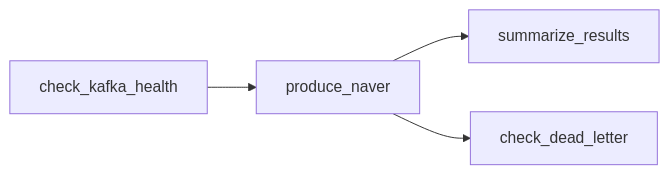
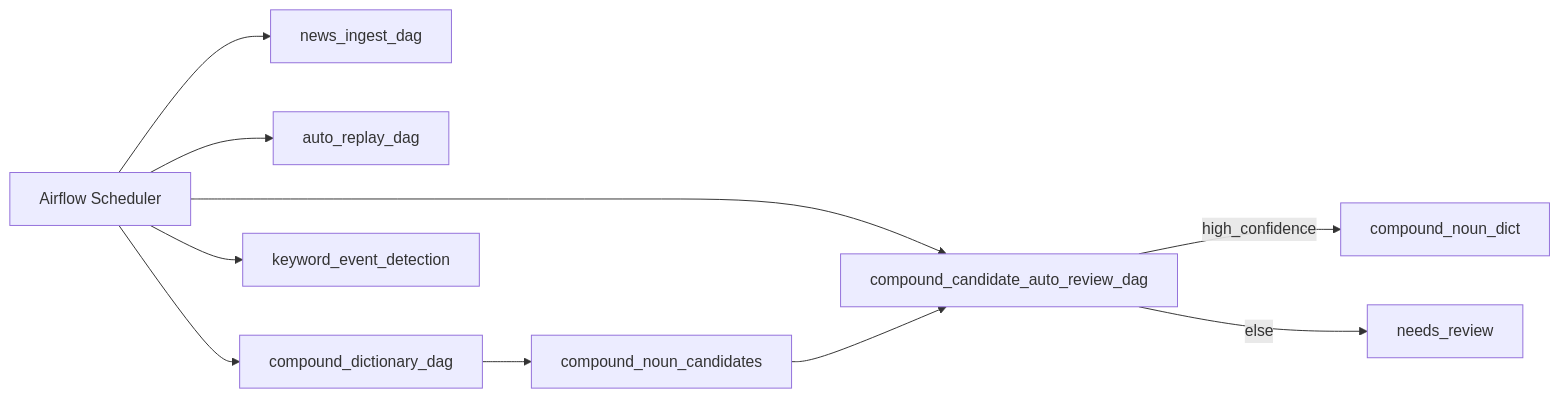
The first of 3 diagrams in docs/develop/Q3_AIRFLOW_DAG.md (yeongmin-yu/news-trend-pipeline-dev), drawn with Mermaid before and after one commit. The commit also changed other lines of this file, not shown here.

Commit message:
docs: update airflow dag for auto review separation

````diff
--- a/docs/develop/Q3_AIRFLOW_DAG.md
+++ b/docs/develop/Q3_AIRFLOW_DAG.md
@@ -154,6 +17,13 @@
 ```mermaid
 flowchart LR
-    A[check_kafka_health] --> B[produce_naver]
-    B --> C[summarize_results]
-    B --> D[check_dead_letter]
+    A[Airflow Scheduler] --> B[news_ingest_dag]
+    A --> C[auto_replay_dag]
+    A --> D[compound_dictionary_dag]
+    A --> E[compound_candidate_auto_review_dag]
+    A --> F[keyword_event_detection]
+
+    D --> CAND[compound_noun_candidates]
+    CAND --> E
+    E -->|high_confidence| DICT[compound_noun_dict]
+    E -->|else| REVIEW[needs_review]
 ```
````
